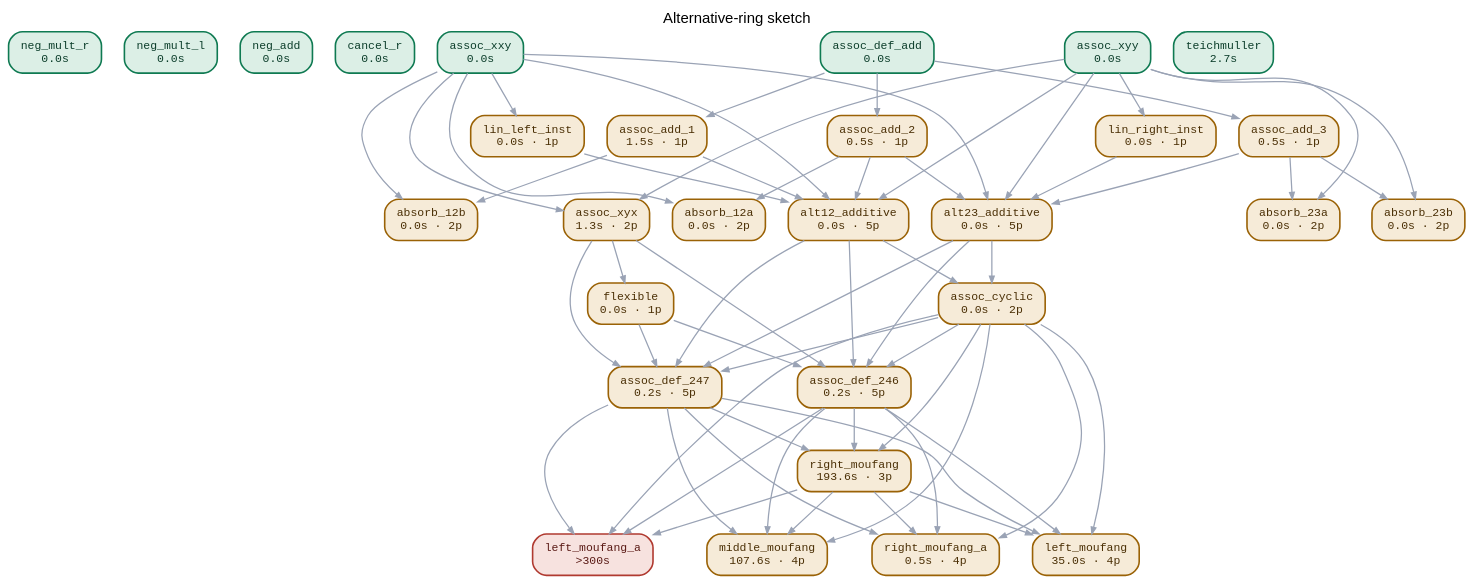
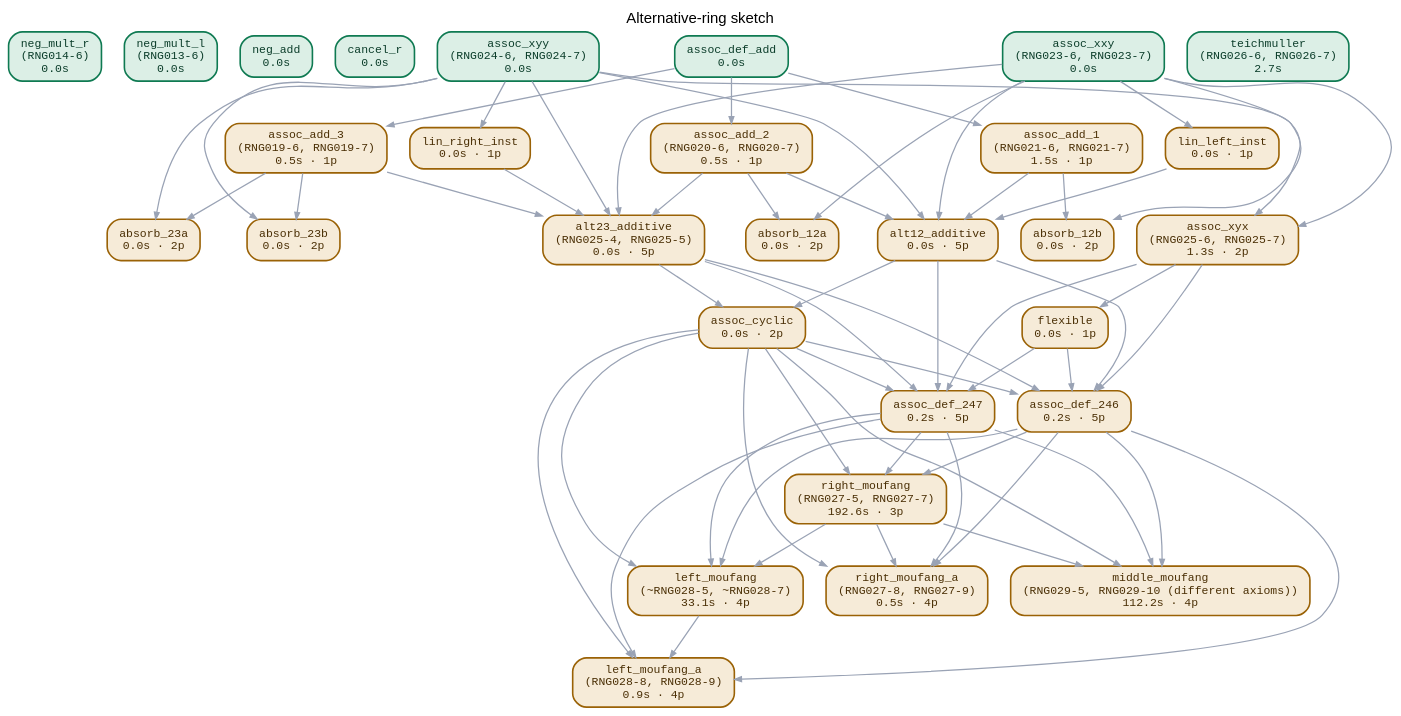
The diagram in docs/img/rng_dag.dot (yalhessi/overtone), drawn with Graphviz before and after one commit. The commit also changed 9 other files, not shown here.

```diff
--- a/docs/img/rng_dag.dot
+++ b/docs/img/rng_dag.dot
@@ -3,35 +3,35 @@
   node [shape=box style="rounded,filled" fontname="monospace" fontsize=10 margin="0.14,0.07" penwidth=1.4];
   edge [color="#9aa3b5" penwidth=1.1 arrowsize=0.6];
   labelloc=t; fontname="sans-serif" fontsize=13; label="Alternative-ring sketch\n";
-  "neg_mult_r" [id="node-neg_mult_r" class="n-proved" label="neg_mult_r\n0.0s" fillcolor="#dcefe6" color="#0f7a52" fontcolor="#0b3d2a" tooltip="multiply(X,additive_inverse(Y)) = additive_inverse(multiply(X,Y))  —  proved from the axioms"];
-  "neg_mult_l" [id="node-neg_mult_l" class="n-proved" label="neg_mult_l\n0.0s" fillcolor="#dcefe6" color="#0f7a52" fontcolor="#0b3d2a" tooltip="multiply(additive_inverse(X),Y) = additive_inverse(multiply(X,Y))  —  proved from the axioms"];
+  "neg_mult_r" [id="node-neg_mult_r" class="n-proved" label="neg_mult_r\n(RNG014-6)\n0.0s" fillcolor="#dcefe6" color="#0f7a52" fontcolor="#0b3d2a" tooltip="multiply(X,additive_inverse(Y)) = additive_inverse(multiply(X,Y))  —  proved from the axioms"];
+  "neg_mult_l" [id="node-neg_mult_l" class="n-proved" label="neg_mult_l\n(RNG013-6)\n0.0s" fillcolor="#dcefe6" color="#0f7a52" fontcolor="#0b3d2a" tooltip="multiply(additive_inverse(X),Y) = additive_inverse(multiply(X,Y))  —  proved from the axioms"];
   "neg_add" [id="node-neg_add" class="n-proved" label="neg_add\n0.0s" fillcolor="#dcefe6" color="#0f7a52" fontcolor="#0b3d2a" tooltip="additive_inverse(add(X,Y)) = add(additive_inverse(X),additive_inverse(Y))  —  proved from the axioms"];
   "cancel_r" [id="node-cancel_r" class="n-proved" label="cancel_r\n0.0s" fillcolor="#dcefe6" color="#0f7a52" fontcolor="#0b3d2a" tooltip="add(add(X,Y),additive_inverse(Y)) = X  —  proved from the axioms"];
-  "assoc_xxy" [id="node-assoc_xxy" class="n-proved" label="assoc_xxy\n0.0s" fillcolor="#dcefe6" color="#0f7a52" fontcolor="#0b3d2a" tooltip="associator(X,X,Y) = additive_identity  —  proved from the axioms"];
-  "assoc_xyy" [id="node-assoc_xyy" class="n-proved" label="assoc_xyy\n0.0s" fillcolor="#dcefe6" color="#0f7a52" fontcolor="#0b3d2a" tooltip="associator(X,Y,Y) = additive_identity  —  proved from the axioms"];
-  "assoc_xyx" [id="node-assoc_xyx" class="n-proved_scoped" label="assoc_xyx\n1.3s · 2p" fillcolor="#f6ebd8" color="#9a6206" fontcolor="#4a2f05" tooltip="associator(X,Y,X) = additive_identity  —  proved with its parents supplied"];
+  "assoc_xxy" [id="node-assoc_xxy" class="n-proved" label="assoc_xxy\n(RNG023-6, RNG023-7)\n0.0s" fillcolor="#dcefe6" color="#0f7a52" fontcolor="#0b3d2a" tooltip="associator(X,X,Y) = additive_identity  —  proved from the axioms"];
+  "assoc_xyy" [id="node-assoc_xyy" class="n-proved" label="assoc_xyy\n(RNG024-6, RNG024-7)\n0.0s" fillcolor="#dcefe6" color="#0f7a52" fontcolor="#0b3d2a" tooltip="associator(X,Y,Y) = additive_identity  —  proved from the axioms"];
+  "assoc_xyx" [id="node-assoc_xyx" class="n-proved_scoped" label="assoc_xyx\n(RNG025-6, RNG025-7)\n1.3s · 2p" fillcolor="#f6ebd8" color="#9a6206" fontcolor="#4a2f05" tooltip="associator(X,Y,X) = additive_identity  —  proved with its parents supplied"];
   "flexible" [id="node-flexible" class="n-proved_scoped" label="flexible\n0.0s · 1p" fillcolor="#f6ebd8" color="#9a6206" fontcolor="#4a2f05" tooltip="multiply(multiply(X,Y),X) = multiply(X,multiply(Y,X))  —  proved with its parents supplied"];
   "assoc_def_add" [id="node-assoc_def_add" class="n-proved" label="assoc_def_add\n0.0s" fillcolor="#dcefe6" color="#0f7a52" fontcolor="#0b3d2a" tooltip="add(associator(X,Y,Z),multiply(X,multiply(Y,Z))) = multiply(multiply(X,Y),Z)  —  proved from the axioms"];
-  "assoc_add_1" [id="node-assoc_add_1" class="n-proved_scoped" label="assoc_add_1\n1.5s · 1p" fillcolor="#f6ebd8" color="#9a6206" fontcolor="#4a2f05" tooltip="associator(add(X,Y),Z,W) = add(associator(X,Z,W),associator(Y,Z,W))  —  proved with its parents supplied"];
-  "assoc_add_2" [id="node-assoc_add_2" class="n-proved_scoped" label="assoc_add_2\n0.5s · 1p" fillcolor="#f6ebd8" color="#9a6206" fontcolor="#4a2f05" tooltip="associator(X,add(Y,Z),W) = add(associator(X,Y,W),associator(X,Z,W))  —  proved with its parents supplied"];
-  "assoc_add_3" [id="node-assoc_add_3" class="n-proved_scoped" label="assoc_add_3\n0.5s · 1p" fillcolor="#f6ebd8" color="#9a6206" fontcolor="#4a2f05" tooltip="associator(X,Y,add(Z,W)) = add(associator(X,Y,Z),associator(X,Y,W))  —  proved with its parents supplied"];
+  "assoc_add_1" [id="node-assoc_add_1" class="n-proved_scoped" label="assoc_add_1\n(RNG021-6, RNG021-7)\n1.5s · 1p" fillcolor="#f6ebd8" color="#9a6206" fontcolor="#4a2f05" tooltip="associator(add(X,Y),Z,W) = add(associator(X,Z,W),associator(Y,Z,W))  —  proved with its parents supplied"];
+  "assoc_add_2" [id="node-assoc_add_2" class="n-proved_scoped" label="assoc_add_2\n(RNG020-6, RNG020-7)\n0.5s · 1p" fillcolor="#f6ebd8" color="#9a6206" fontcolor="#4a2f05" tooltip="associator(X,add(Y,Z),W) = add(associator(X,Y,W),associator(X,Z,W))  —  proved with its parents supplied"];
+  "assoc_add_3" [id="node-assoc_add_3" class="n-proved_scoped" label="assoc_add_3\n(RNG019-6, RNG019-7)\n0.5s · 1p" fillcolor="#f6ebd8" color="#9a6206" fontcolor="#4a2f05" tooltip="associator(X,Y,add(Z,W)) = add(associator(X,Y,Z),associator(X,Y,W))  —  proved with its parents supplied"];
   "lin_left_inst" [id="node-lin_left_inst" class="n-proved_scoped" label="lin_left_inst\n0.0s · 1p" fillcolor="#f6ebd8" color="#9a6206" fontcolor="#4a2f05" tooltip="associator(add(X,Y),add(X,Y),Z) = additive_identity  —  proved with its parents supplied"];
   "lin_right_inst" [id="node-lin_right_inst" class="n-proved_scoped" label="lin_right_inst\n0.0s · 1p" fillcolor="#f6ebd8" color="#9a6206" fontcolor="#4a2f05" tooltip="associator(X,add(Y,Z),add(Y,Z)) = additive_identity  —  proved with its parents supplied"];
   "alt12_additive" [id="node-alt12_additive" class="n-proved_scoped" label="alt12_additive\n0.0s · 5p" fillcolor="#f6ebd8" color="#9a6206" fontcolor="#4a2f05" tooltip="add(associator(X,Y,Z),associator(Y,X,Z)) = additive_identity  —  proved with its parents supplied"];
-  "alt23_additive" [id="node-alt23_additive" class="n-proved_scoped" label="alt23_additive\n0.0s · 5p" fillcolor="#f6ebd8" color="#9a6206" fontcolor="#4a2f05" tooltip="add(associator(X,Y,Z),associator(X,Z,Y)) = additive_identity  —  proved with its parents supplied"];
+  "alt23_additive" [id="node-alt23_additive" class="n-proved_scoped" label="alt23_additive\n(RNG025-4, RNG025-5)\n0.0s · 5p" fillcolor="#f6ebd8" color="#9a6206" fontcolor="#4a2f05" tooltip="add(associator(X,Y,Z),associator(X,Z,Y)) = additive_identity  —  proved with its parents supplied"];
   "absorb_12a" [id="node-absorb_12a" class="n-proved_scoped" label="absorb_12a\n0.0s · 2p" fillcolor="#f6ebd8" color="#9a6206" fontcolor="#4a2f05" tooltip="associator(X,add(X,Y),Z) = associator(X,Y,Z)  —  proved with its parents supplied"];
   "absorb_12b" [id="node-absorb_12b" class="n-proved_scoped" label="absorb_12b\n0.0s · 2p" fillcolor="#f6ebd8" color="#9a6206" fontcolor="#4a2f05" tooltip="associator(add(X,Y),Y,Z) = associator(X,Y,Z)  —  proved with its parents supplied"];
   "absorb_23a" [id="node-absorb_23a" class="n-proved_scoped" label="absorb_23a\n0.0s · 2p" fillcolor="#f6ebd8" color="#9a6206" fontcolor="#4a2f05" tooltip="associator(X,Y,add(Y,Z)) = associator(X,Y,Z)  —  proved with its parents supplied"];
   "absorb_23b" [id="node-absorb_23b" class="n-proved_scoped" label="absorb_23b\n0.0s · 2p" fillcolor="#f6ebd8" color="#9a6206" fontcolor="#4a2f05" tooltip="associator(X,Y,add(Z,Y)) = associator(X,Y,Z)  —  proved with its parents supplied"];
-  "teichmuller" [id="node-teichmuller" class="n-proved" label="teichmuller\n2.7s" fillcolor="#dcefe6" color="#0f7a52" fontcolor="#0b3d2a" tooltip="add(associator(multiply(X,Y),Z,W),associator(X,Y,multiply(Z,W))) = add(add(associator(X,multiply(Y,Z),W),multiply(X,associator(Y,Z,W))),multiply(associator(X,Y,Z),W))  —  proved from the axioms"];
+  "teichmuller" [id="node-teichmuller" class="n-proved" label="teichmuller\n(RNG026-6, RNG026-7)\n2.7s" fillcolor="#dcefe6" color="#0f7a52" fontcolor="#0b3d2a" tooltip="add(associator(multiply(X,Y),Z,W),associator(X,Y,multiply(Z,W))) = add(add(associator(X,multiply(Y,Z),W),multiply(X,associator(Y,Z,W))),multiply(associator(X,Y,Z),W))  —  proved from the axioms"];
   "assoc_cyclic" [id="node-assoc_cyclic" class="n-proved_scoped" label="assoc_cyclic\n0.0s · 2p" fillcolor="#f6ebd8" color="#9a6206" fontcolor="#4a2f05" tooltip="associator(X,Y,Z) = associator(Y,Z,X)  —  proved with its parents supplied"];
   "assoc_def_246" [id="node-assoc_def_246" class="n-proved_scoped" label="assoc_def_246\n0.2s · 5p" fillcolor="#f6ebd8" color="#9a6206" fontcolor="#4a2f05" tooltip="add(associator(X,Y,Z),multiply(Y,multiply(Z,X))) = multiply(multiply(Y,Z),X)  —  proved with its parents supplied"];
   "assoc_def_247" [id="node-assoc_def_247" class="n-proved_scoped" label="assoc_def_247\n0.2s · 5p" fillcolor="#f6ebd8" color="#9a6206" fontcolor="#4a2f05" tooltip="add(associator(X,Y,Z),multiply(multiply(Y,X),Z)) = multiply(Y,multiply(X,Z))  —  proved with its parents supplied"];
-  "right_moufang_a" [id="node-right_moufang_a" class="n-proved_scoped" label="right_moufang_a\n0.5s · 4p" fillcolor="#f6ebd8" color="#9a6206" fontcolor="#4a2f05" tooltip="associator(X,multiply(X,Y),Z) = multiply(associator(X,Y,Z),X)  —  proved with its parents supplied"];
-  "left_moufang_a" [id="node-left_moufang_a" class="n-failed" label="left_moufang_a\n>300s" fillcolor="#f7e2df" color="#b03a30" fontcolor="#5a1a15" tooltip="associator(X,multiply(Y,X),Z) = multiply(X,associator(X,Y,Z))  —  attempted, unproven"];
-  "right_moufang" [id="node-right_moufang" class="n-proved_scoped" label="right_moufang\n193.6s · 3p" fillcolor="#f6ebd8" color="#9a6206" fontcolor="#4a2f05" tooltip="multiply(multiply(multiply(X,Y),Z),Y) = multiply(X,multiply(Y,multiply(Z,Y)))  —  proved with its parents supplied"];
-  "left_moufang" [id="node-left_moufang" class="n-proved_scoped" label="left_moufang\n35.0s · 4p" fillcolor="#f6ebd8" color="#9a6206" fontcolor="#4a2f05" tooltip="multiply(multiply(multiply(X,Y),X),Z) = multiply(X,multiply(Y,multiply(X,Z)))  —  proved with its parents supplied"];
-  "middle_moufang" [id="node-middle_moufang" class="n-proved_scoped" label="middle_moufang\n107.6s · 4p" fillcolor="#f6ebd8" color="#9a6206" fontcolor="#4a2f05" tooltip="multiply(multiply(X,Y),multiply(Z,X)) = multiply(X,multiply(multiply(Y,Z),X))  —  proved with its parents supplied"];
+  "right_moufang_a" [id="node-right_moufang_a" class="n-proved_scoped" label="right_moufang_a\n(RNG027-8, RNG027-9)\n0.5s · 4p" fillcolor="#f6ebd8" color="#9a6206" fontcolor="#4a2f05" tooltip="associator(X,multiply(X,Y),Z) = multiply(associator(X,Y,Z),X)  —  proved with its parents supplied"];
+  "left_moufang_a" [id="node-left_moufang_a" class="n-proved_scoped" label="left_moufang_a\n(RNG028-8, RNG028-9)\n0.9s · 4p" fillcolor="#f6ebd8" color="#9a6206" fontcolor="#4a2f05" tooltip="associator(X,multiply(Y,X),Z) = multiply(X,associator(X,Y,Z))  —  proved with its parents supplied"];
+  "right_moufang" [id="node-right_moufang" class="n-proved_scoped" label="right_moufang\n(RNG027-5, RNG027-7)\n192.6s · 3p" fillcolor="#f6ebd8" color="#9a6206" fontcolor="#4a2f05" tooltip="multiply(multiply(multiply(X,Y),Z),Y) = multiply(X,multiply(Y,multiply(Z,Y)))  —  proved with its parents supplied"];
+  "left_moufang" [id="node-left_moufang" class="n-proved_scoped" label="left_moufang\n(~RNG028-5, ~RNG028-7)\n33.1s · 4p" fillcolor="#f6ebd8" color="#9a6206" fontcolor="#4a2f05" tooltip="multiply(multiply(multiply(X,Y),X),Z) = multiply(X,multiply(Y,multiply(X,Z)))  —  proved with its parents supplied"];
+  "middle_moufang" [id="node-middle_moufang" class="n-proved_scoped" label="middle_moufang\n(RNG029-5, RNG029-10 (different axioms))\n112.2s · 4p" fillcolor="#f6ebd8" color="#9a6206" fontcolor="#4a2f05" tooltip="multiply(multiply(X,Y),multiply(Z,X)) = multiply(X,multiply(multiply(Y,Z),X))  —  proved with its parents supplied"];
   "assoc_xxy" -> "assoc_xyx" [id="edge-assoc_xxy__assoc_xyx" class="e-proved_scoped"];
   "assoc_xyy" -> "assoc_xyx" [id="edge-assoc_xyy__assoc_xyx" class="e-proved_scoped"];
   "assoc_xyx" -> "flexible" [id="edge-assoc_xyx__flexible" class="e-proved_scoped"];
@@ -74,10 +74,10 @@
   "assoc_def_246" -> "right_moufang_a" [id="edge-assoc_def_246__right_moufang_a" class="e-proved_scoped"];
   "assoc_def_247" -> "right_moufang_a" [id="edge-assoc_def_247__right_moufang_a" class="e-proved_scoped"];
   "right_moufang" -> "right_moufang_a" [id="edge-right_moufang__right_moufang_a" class="e-proved_scoped"];
-  "assoc_cyclic" -> "left_moufang_a" [id="edge-assoc_cyclic__left_moufang_a" class="e-failed"];
-  "assoc_def_246" -> "left_moufang_a" [id="edge-assoc_def_246__left_moufang_a" class="e-failed"];
-  "assoc_def_247" -> "left_moufang_a" [id="edge-assoc_def_247__left_moufang_a" class="e-failed"];
-  "right_moufang" -> "left_moufang_a" [id="edge-right_moufang__left_moufang_a" class="e-failed"];
+  "assoc_cyclic" -> "left_moufang_a" [id="edge-assoc_cyclic__left_moufang_a" class="e-proved_scoped"];
+  "assoc_def_246" -> "left_moufang_a" [id="edge-assoc_def_246__left_moufang_a" class="e-proved_scoped"];
+  "assoc_def_247" -> "left_moufang_a" [id="edge-assoc_def_247__left_moufang_a" class="e-proved_scoped"];
+  "left_moufang" -> "left_moufang_a" [id="edge-left_moufang__left_moufang_a" class="e-proved_scoped"];
   "assoc_cyclic" -> "right_moufang" [id="edge-assoc_cyclic__right_moufang" class="e-proved_scoped"];
   "assoc_def_246" -> "right_moufang" [id="edge-assoc_def_246__right_moufang" class="e-proved_scoped"];
   "assoc_def_247" -> "right_moufang" [id="edge-assoc_def_247__right_moufang" class="e-proved_scoped"];
```
